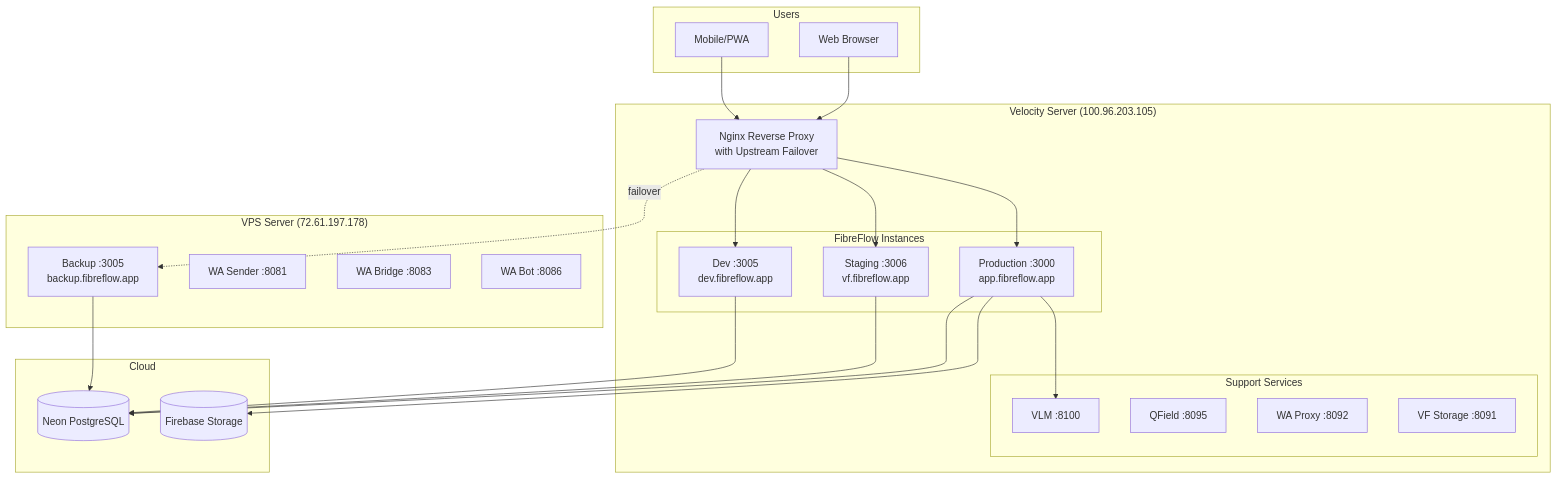
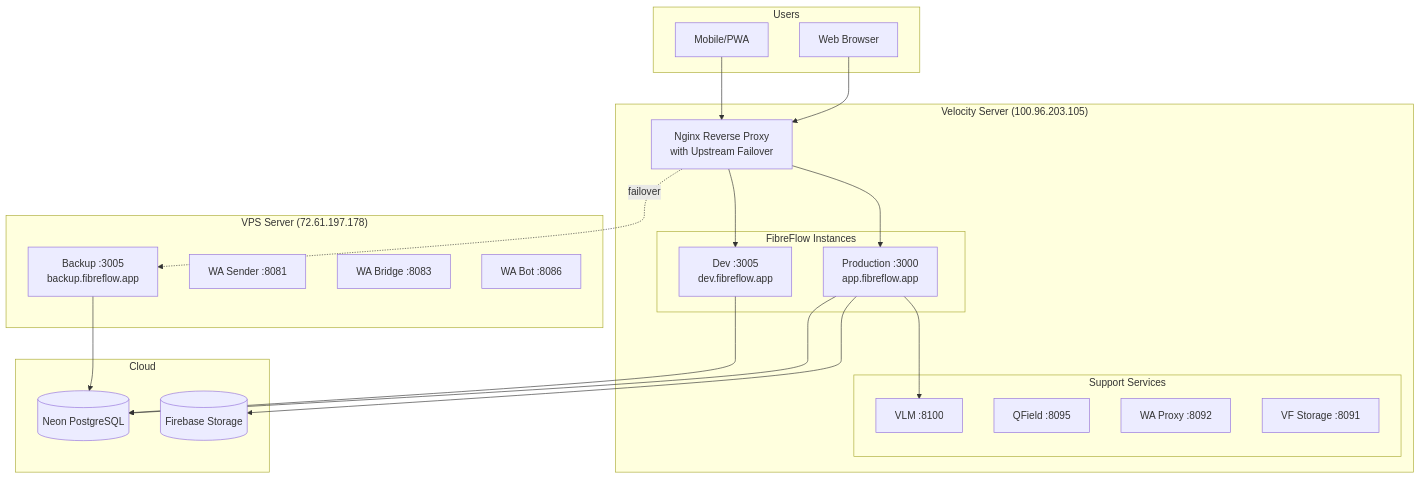
One commit to VeloF2025/FF_Next.js changed the first of 3 diagrams in .claude/knowledge-base/architecture/deployment.md. Above: the diagram before and after it, drawn with Mermaid. The commit also changed other lines of this file and 32 other files, not shown here.

````diff
--- a/.claude/knowledge-base/architecture/deployment.md
+++ b/.claude/knowledge-base/architecture/deployment.md
@@ -5,49 +5,46 @@
 ```mermaid
 graph TB
     subgraph "Users"
         Browser[Web Browser]
         Mobile[Mobile/PWA]
     end
 
     subgraph "Velocity Server (100.96.203.105)"
         subgraph "FibreFlow Instances"
             Prod[Production :3000<br/>app.fibreflow.app]
-            Staging[Staging :3006<br/>vf.fibreflow.app]
             Dev[Dev :3005<br/>dev.fibreflow.app]
         end
 
         subgraph "Support Services"
             VLM[VLM :8100]
             QField[QField :8095]
             WAProxy[WA Proxy :8092]
             VFStorage[VF Storage :8091]
         end
 
         Nginx[Nginx Reverse Proxy<br/>with Upstream Failover]
     end
 
     subgraph "VPS Server (72.61.197.178)"
         Backup[Backup :3005<br/>backup.fibreflow.app]
         WASender[WA Sender :8081]
         WABridge[WA Bridge :8083]
         WABot[WA Bot :8086]
     end
 
     subgraph "Cloud"
         Neon[(Neon PostgreSQL)]
         Firebase[(Firebase Storage)]
     end
 
     Browser --> Nginx
     Mobile --> Nginx
     Nginx --> Prod
-    Nginx --> Staging
     Nginx --> Dev
     Nginx -.->|failover| Backup
     Prod --> Neon
-    Staging --> Neon
     Dev --> Neon
     Backup --> Neon
     Prod --> VLM
     Prod --> Firebase
 ```
````
